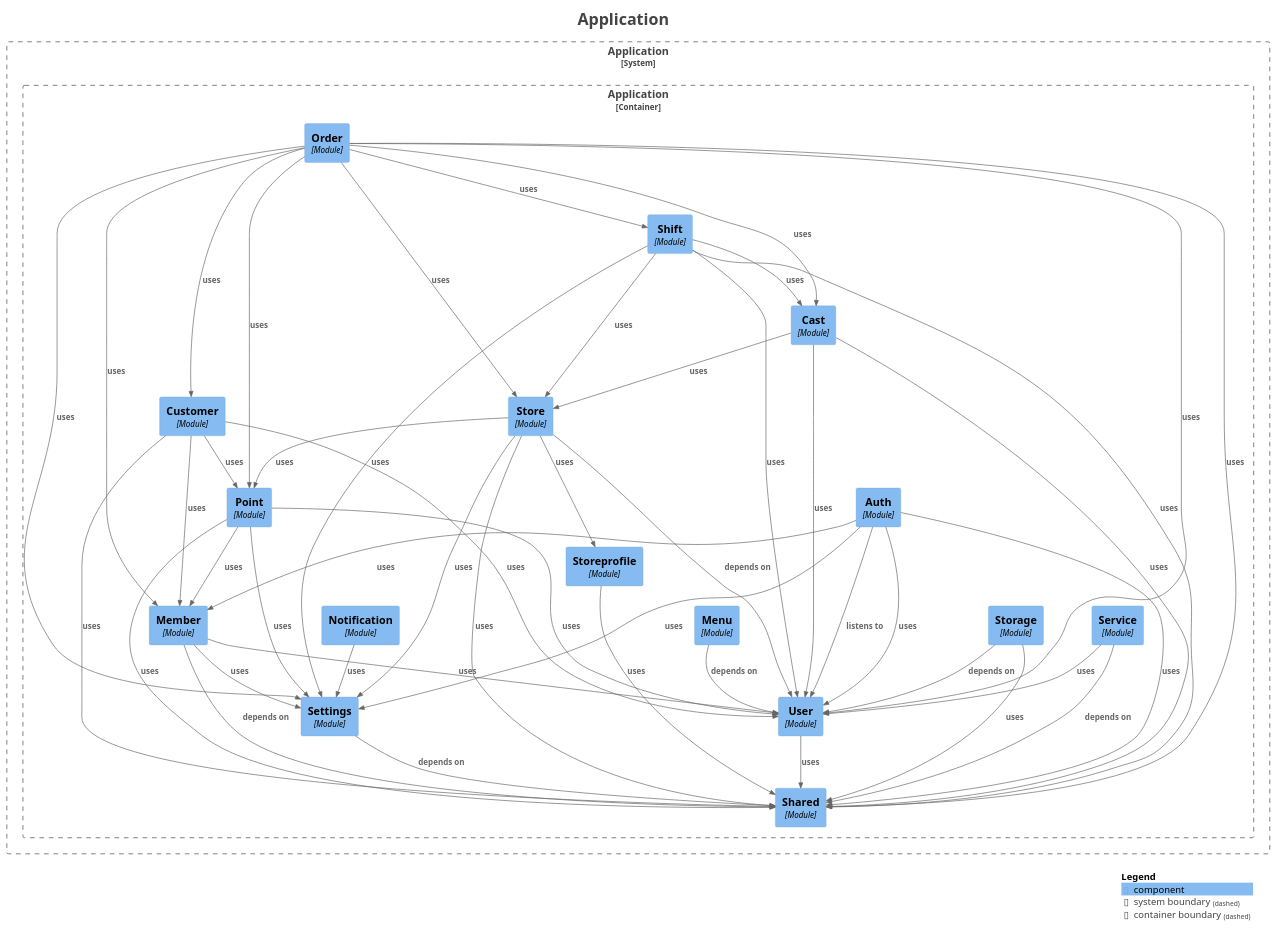
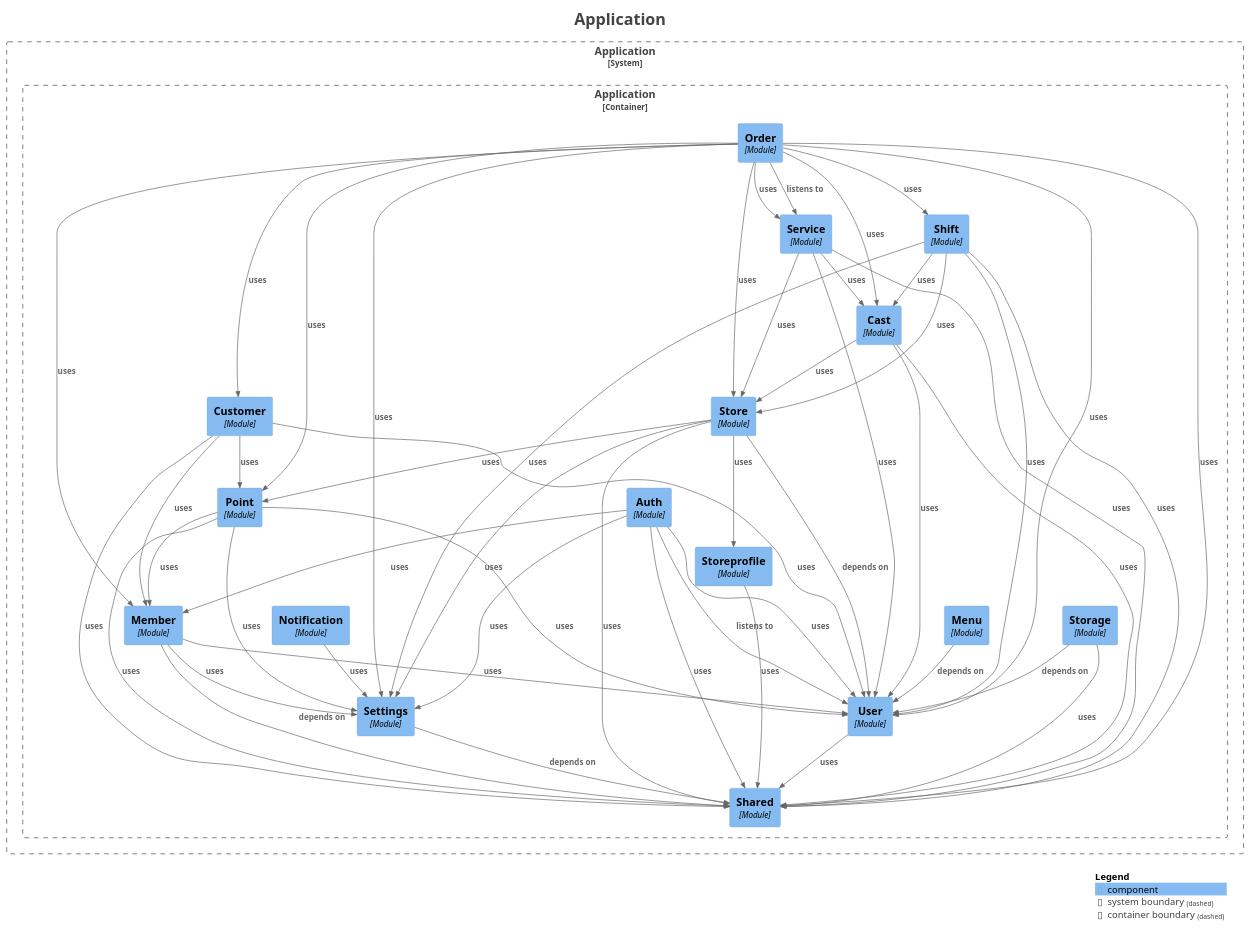
One commit to kanghouchao/Kizuna changed the diagram in backend/docs/modulith/components.puml. Above: the diagram before and after it, drawn with PlantUML. The commit also changed 96 other files, not shown here.

```diff
--- a/backend/docs/modulith/components.puml
+++ b/backend/docs/modulith/components.puml
@@ -1,90 +1,94 @@
 @startuml
 title <size:24>Application</size>
 
 set separator none
 top to bottom direction
 
 <style>
   root {
     BackgroundColor: #ffffff
     FontColor: #444444
   }
 </style>
 
 !include <C4/C4>
 !include <C4/C4_Context>
 !include <C4/C4_Component>
 
 System_Boundary("Application_boundary", "Application", $tags="") {
   Container_Boundary("Application.Application_boundary", "Application", $tags="") {
-    Component(Application.Application.Service, "Service", $techn="Module", $descr="", $tags="", $link="")
     Component(Application.Application.Storage, "Storage", $techn="Module", $descr="", $tags="", $link="")
     Component(Application.Application.Auth, "Auth", $techn="Module", $descr="", $tags="", $link="")
     Component(Application.Application.Point, "Point", $techn="Module", $descr="", $tags="", $link="")
     Component(Application.Application.Customer, "Customer", $techn="Module", $descr="", $tags="", $link="")
     Component(Application.Application.Store, "Store", $techn="Module", $descr="", $tags="", $link="")
     Component(Application.Application.Cast, "Cast", $techn="Module", $descr="", $tags="", $link="")
+    Component(Application.Application.Service, "Service", $techn="Module", $descr="", $tags="", $link="")
     Component(Application.Application.Shift, "Shift", $techn="Module", $descr="", $tags="", $link="")
     Component(Application.Application.Order, "Order", $techn="Module", $descr="", $tags="", $link="")
     Component(Application.Application.Shared, "Shared", $techn="Module", $descr="", $tags="", $link="")
     Component(Application.Application.Settings, "Settings", $techn="Module", $descr="", $tags="", $link="")
     Component(Application.Application.Storeprofile, "Storeprofile", $techn="Module", $descr="", $tags="", $link="")
     Component(Application.Application.User, "User", $techn="Module", $descr="", $tags="", $link="")
     Component(Application.Application.Member, "Member", $techn="Module", $descr="", $tags="", $link="")
     Component(Application.Application.Menu, "Menu", $techn="Module", $descr="", $tags="", $link="")
     Component(Application.Application.Notification, "Notification", $techn="Module", $descr="", $tags="", $link="")
   }
 
 }
 
 Rel(Application.Application.Shift, Application.Application.Cast, "uses", $techn="", $tags="", $link="")
 Rel(Application.Application.Shift, Application.Application.User, "uses", $techn="", $tags="", $link="")
 Rel(Application.Application.Shift, Application.Application.Store, "uses", $techn="", $tags="", $link="")
 Rel(Application.Application.Shift, Application.Application.Shared, "uses", $techn="", $tags="", $link="")
 Rel(Application.Application.User, Application.Application.Shared, "uses", $techn="", $tags="", $link="")
 Rel(Application.Application.Storeprofile, Application.Application.Shared, "uses", $techn="", $tags="", $link="")
 Rel(Application.Application.Storage, Application.Application.User, "depends on", $techn="", $tags="", $link="")
 Rel(Application.Application.Storage, Application.Application.Shared, "uses", $techn="", $tags="", $link="")
 Rel(Application.Application.Member, Application.Application.Shared, "depends on", $techn="", $tags="", $link="")
 Rel(Application.Application.Member, Application.Application.Settings, "uses", $techn="", $tags="", $link="")
 Rel(Application.Application.Member, Application.Application.User, "uses", $techn="", $tags="", $link="")
-Rel(Application.Application.Service, Application.Application.Shared, "depends on", $techn="", $tags="", $link="")
 Rel(Application.Application.Service, Application.Application.User, "uses", $techn="", $tags="", $link="")
 Rel(Application.Application.Auth, Application.Application.User, "listens to", $techn="", $tags="", $link="")
 Rel(Application.Application.Auth, Application.Application.User, "uses", $techn="", $tags="", $link="")
 Rel(Application.Application.Auth, Application.Application.Member, "uses", $techn="", $tags="", $link="")
 Rel(Application.Application.Auth, Application.Application.Shared, "uses", $techn="", $tags="", $link="")
 Rel(Application.Application.Auth, Application.Application.Settings, "uses", $techn="", $tags="", $link="")
 Rel(Application.Application.Point, Application.Application.Shared, "uses", $techn="", $tags="", $link="")
 Rel(Application.Application.Point, Application.Application.User, "uses", $techn="", $tags="", $link="")
 Rel(Application.Application.Point, Application.Application.Member, "uses", $techn="", $tags="", $link="")
 Rel(Application.Application.Point, Application.Application.Settings, "uses", $techn="", $tags="", $link="")
 Rel(Application.Application.Store, Application.Application.User, "depends on", $techn="", $tags="", $link="")
 Rel(Application.Application.Store, Application.Application.Storeprofile, "uses", $techn="", $tags="", $link="")
 Rel(Application.Application.Store, Application.Application.Point, "uses", $techn="", $tags="", $link="")
 Rel(Application.Application.Store, Application.Application.Settings, "uses", $techn="", $tags="", $link="")
 Rel(Application.Application.Store, Application.Application.Shared, "uses", $techn="", $tags="", $link="")
 Rel(Application.Application.Customer, Application.Application.Member, "uses", $techn="", $tags="", $link="")
 Rel(Application.Application.Customer, Application.Application.User, "uses", $techn="", $tags="", $link="")
 Rel(Application.Application.Customer, Application.Application.Shared, "uses", $techn="", $tags="", $link="")
 Rel(Application.Application.Customer, Application.Application.Point, "uses", $techn="", $tags="", $link="")
 Rel(Application.Application.Order, Application.Application.Shared, "uses", $techn="", $tags="", $link="")
 Rel(Application.Application.Order, Application.Application.Point, "uses", $techn="", $tags="", $link="")
 Rel(Application.Application.Order, Application.Application.Member, "uses", $techn="", $tags="", $link="")
 Rel(Application.Application.Order, Application.Application.User, "uses", $techn="", $tags="", $link="")
 Rel(Application.Application.Order, Application.Application.Settings, "uses", $techn="", $tags="", $link="")
 Rel(Application.Application.Order, Application.Application.Cast, "uses", $techn="", $tags="", $link="")
 Rel(Application.Application.Order, Application.Application.Store, "uses", $techn="", $tags="", $link="")
 Rel(Application.Application.Order, Application.Application.Shift, "uses", $techn="", $tags="", $link="")
 Rel(Application.Application.Order, Application.Application.Customer, "uses", $techn="", $tags="", $link="")
 Rel(Application.Application.Notification, Application.Application.Settings, "uses", $techn="", $tags="", $link="")
 Rel(Application.Application.Menu, Application.Application.User, "depends on", $techn="", $tags="", $link="")
 Rel(Application.Application.Cast, Application.Application.User, "uses", $techn="", $tags="", $link="")
 Rel(Application.Application.Cast, Application.Application.Store, "uses", $techn="", $tags="", $link="")
 Rel(Application.Application.Cast, Application.Application.Shared, "uses", $techn="", $tags="", $link="")
 Rel(Application.Application.Settings, Application.Application.Shared, "depends on", $techn="", $tags="", $link="")
 Rel(Application.Application.Shift, Application.Application.Settings, "uses", $techn="", $tags="", $link="")
+Rel(Application.Application.Order, Application.Application.Service, "uses", $techn="", $tags="", $link="")
+Rel(Application.Application.Service, Application.Application.Shared, "uses", $techn="", $tags="", $link="")
+Rel(Application.Application.Service, Application.Application.Cast, "uses", $techn="", $tags="", $link="")
+Rel(Application.Application.Service, Application.Application.Store, "uses", $techn="", $tags="", $link="")
+Rel(Application.Application.Order, Application.Application.Service, "listens to", $techn="", $tags="", $link="")
 
 SHOW_LEGEND(true)
 hide stereotypes
 @enduml
```
